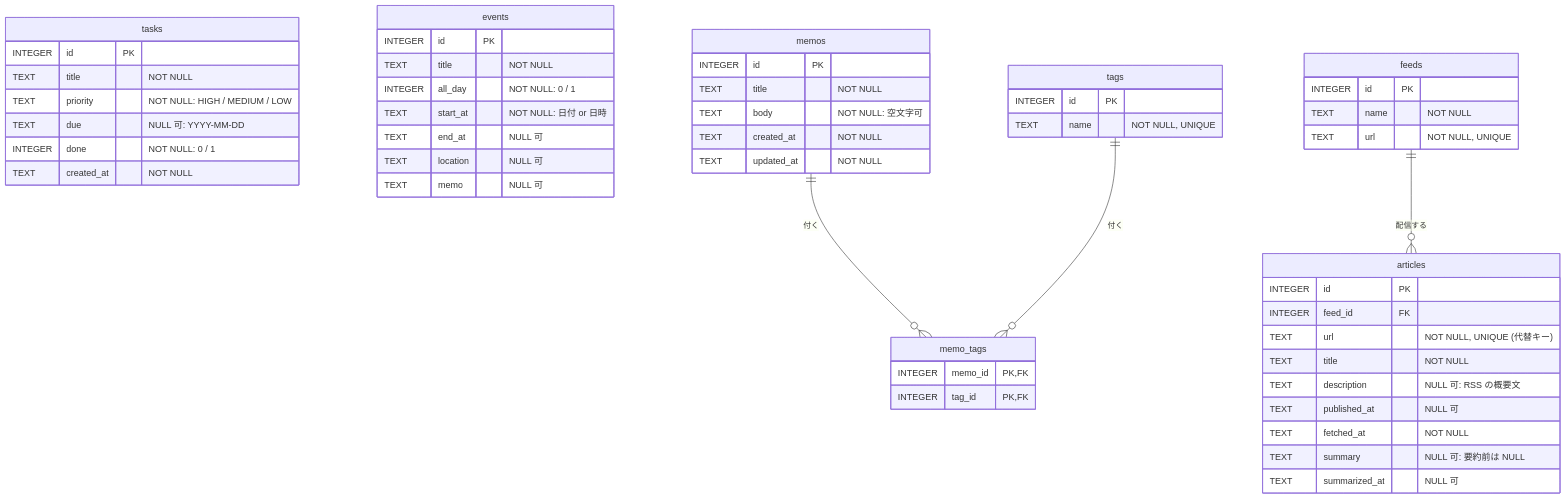
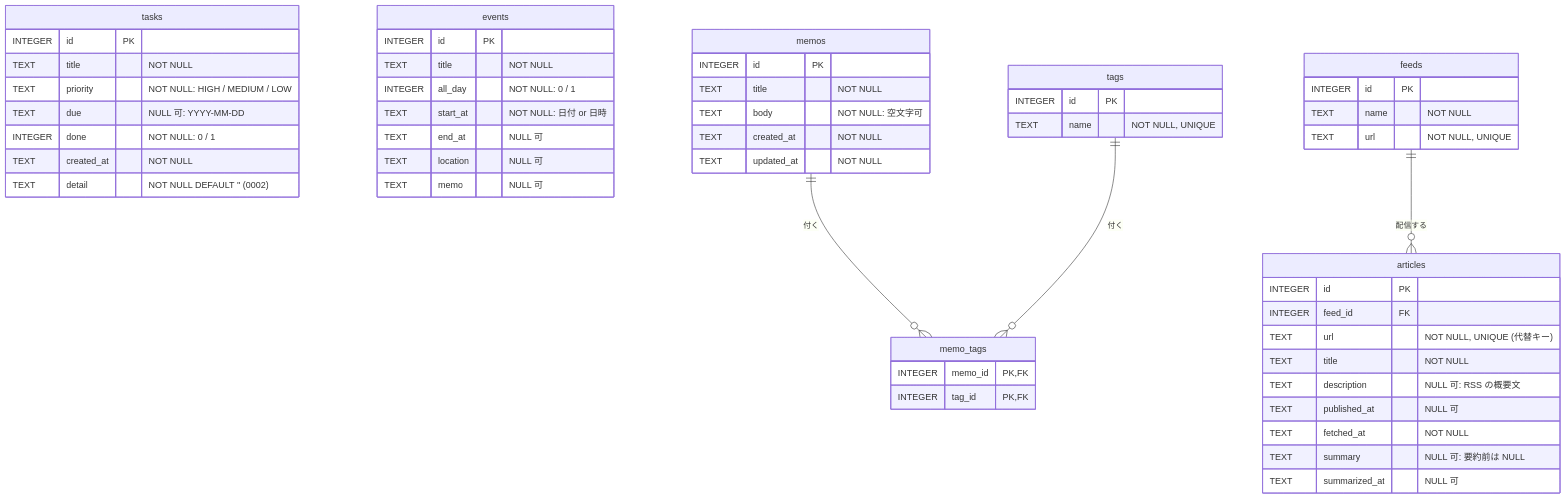
One commit to YANASAN-eng/PDA-application changed the diagram in docs/db/er.md. Above: the diagram before and after it, drawn with Mermaid. The commit also changed 2 other files, not shown here.

Commit message:
Add detail column to tasks (migration 0002)

````diff
--- a/docs/db/er.md
+++ b/docs/db/er.md
@@ -6,55 +6,56 @@
 ```mermaid
 erDiagram
     tasks {
         INTEGER id PK
         TEXT title "NOT NULL"
         TEXT priority "NOT NULL: HIGH / MEDIUM / LOW"
         TEXT due "NULL 可: YYYY-MM-DD"
         INTEGER done "NOT NULL: 0 / 1"
         TEXT created_at "NOT NULL"
+        TEXT detail "NOT NULL DEFAULT '' (0002)"
     }
     events {
         INTEGER id PK
         TEXT title "NOT NULL"
         INTEGER all_day "NOT NULL: 0 / 1"
         TEXT start_at "NOT NULL: 日付 or 日時"
         TEXT end_at "NULL 可"
         TEXT location "NULL 可"
         TEXT memo "NULL 可"
     }
     memos {
         INTEGER id PK
         TEXT title "NOT NULL"
         TEXT body "NOT NULL: 空文字可"
         TEXT created_at "NOT NULL"
         TEXT updated_at "NOT NULL"
     }
     tags {
         INTEGER id PK
         TEXT name "NOT NULL, UNIQUE"
     }
     memo_tags {
         INTEGER memo_id PK, FK
         INTEGER tag_id PK, FK
     }
     feeds {
         INTEGER id PK
         TEXT name "NOT NULL"
         TEXT url "NOT NULL, UNIQUE"
     }
     articles {
         INTEGER id PK
         INTEGER feed_id FK
         TEXT url "NOT NULL, UNIQUE (代替キー)"
         TEXT title "NOT NULL"
         TEXT description "NULL 可: RSS の概要文"
         TEXT published_at "NULL 可"
         TEXT fetched_at "NOT NULL"
         TEXT summary "NULL 可: 要約前は NULL"
         TEXT summarized_at "NULL 可"
     }
 
     memos ||--o{ memo_tags : "付く"
     tags ||--o{ memo_tags : "付く"
     feeds ||--o{ articles : "配信する"
 ```
````
